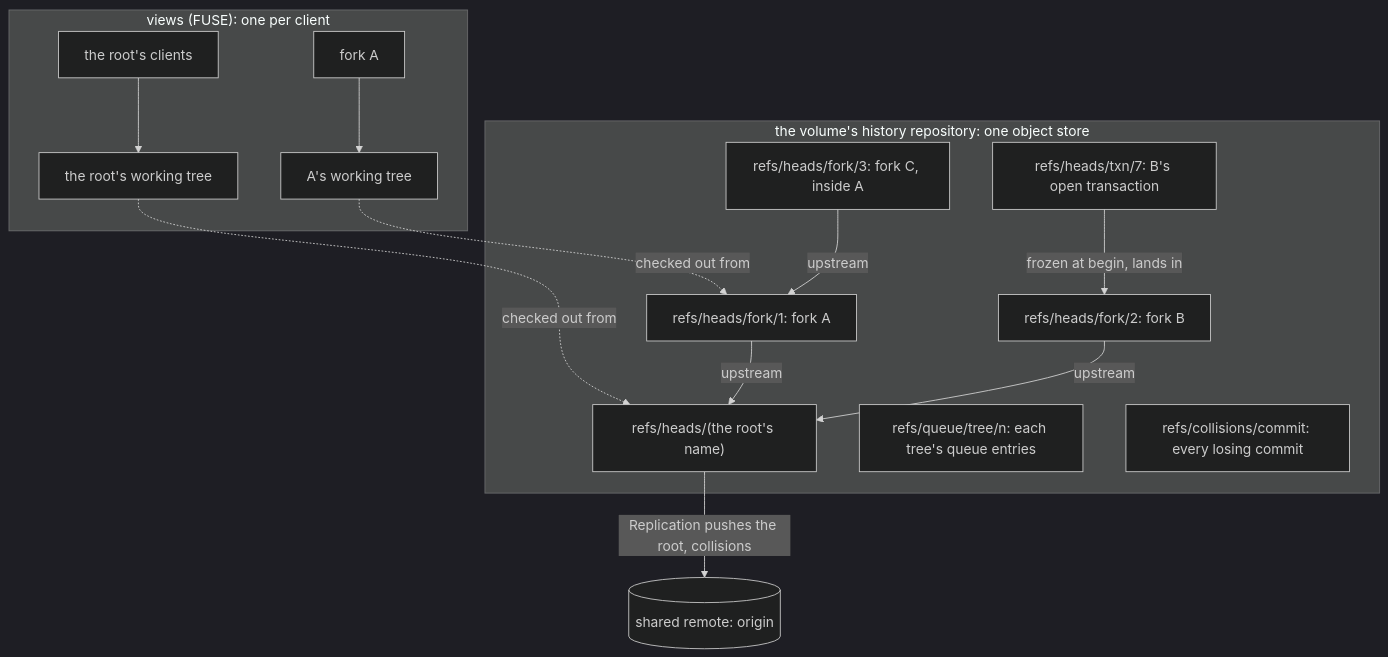
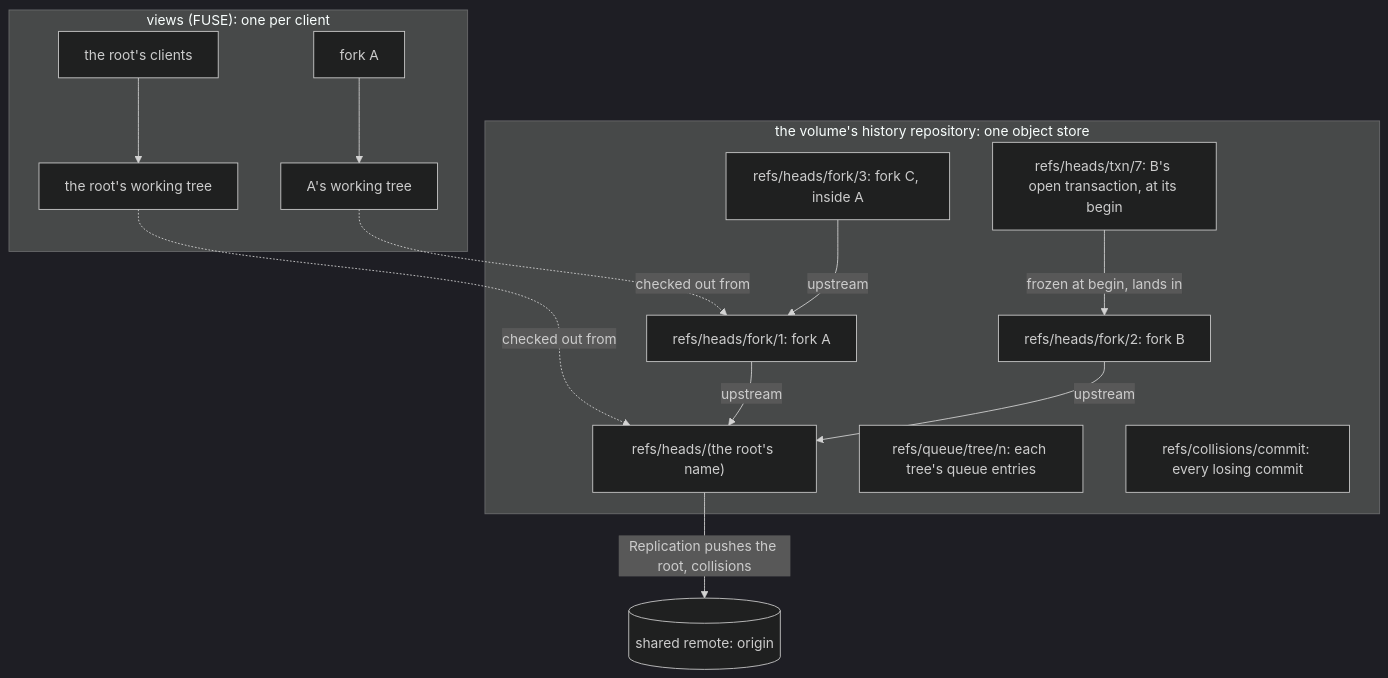
Before and after one commit to mcurcio/agentfs: the first of 7 diagrams in docs/target-architecture/git-model.md, drawn with Mermaid (dark theme). The commit also changed other lines of this file and 18 other files, not shown here.

````diff
--- a/docs/target-architecture/git-model.md
+++ b/docs/target-architecture/git-model.md
@@ -45,23 +50,23 @@
 ```mermaid
 flowchart TB
   subgraph R["the volume's history repository: one object store"]
     M["refs/heads/(the root's name)"]
     F1["refs/heads/fork/1: fork A"]
     F2["refs/heads/fork/2: fork B"]
     F3["refs/heads/fork/3: fork C, inside A"]
-    T7["refs/heads/txn/7: B's open transaction"]
+    T7["refs/heads/txn/7: B's open transaction, at its begin"]
     Q["refs/queue/tree/n: each tree's queue entries"]
     X["refs/collisions/commit: every losing commit"]
   end
   F1 -- "upstream" --> M
   F2 -- "upstream" --> M
   F3 -- "upstream" --> F1
   T7 -- "frozen at begin, lands in" --> F2
   M -- "Replication pushes the root, collisions" --> O[("shared remote: origin")]
   subgraph V["views (FUSE): one per client"]
     VM["the root's clients"] --> WM["the root's working tree"]
     VA["fork A"] --> WA["A's working tree"]
   end
   WM -. "checked out from" .-> M
   WA -. "checked out from" .-> F1
 ```
````
